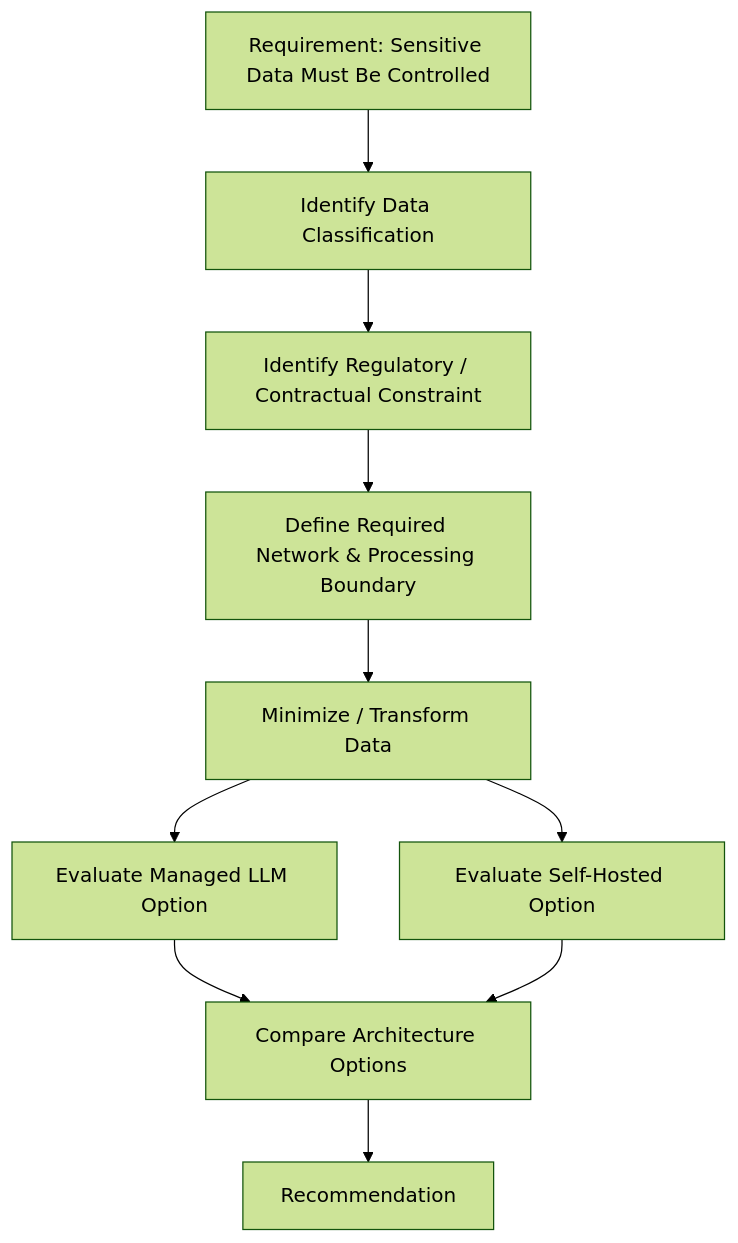
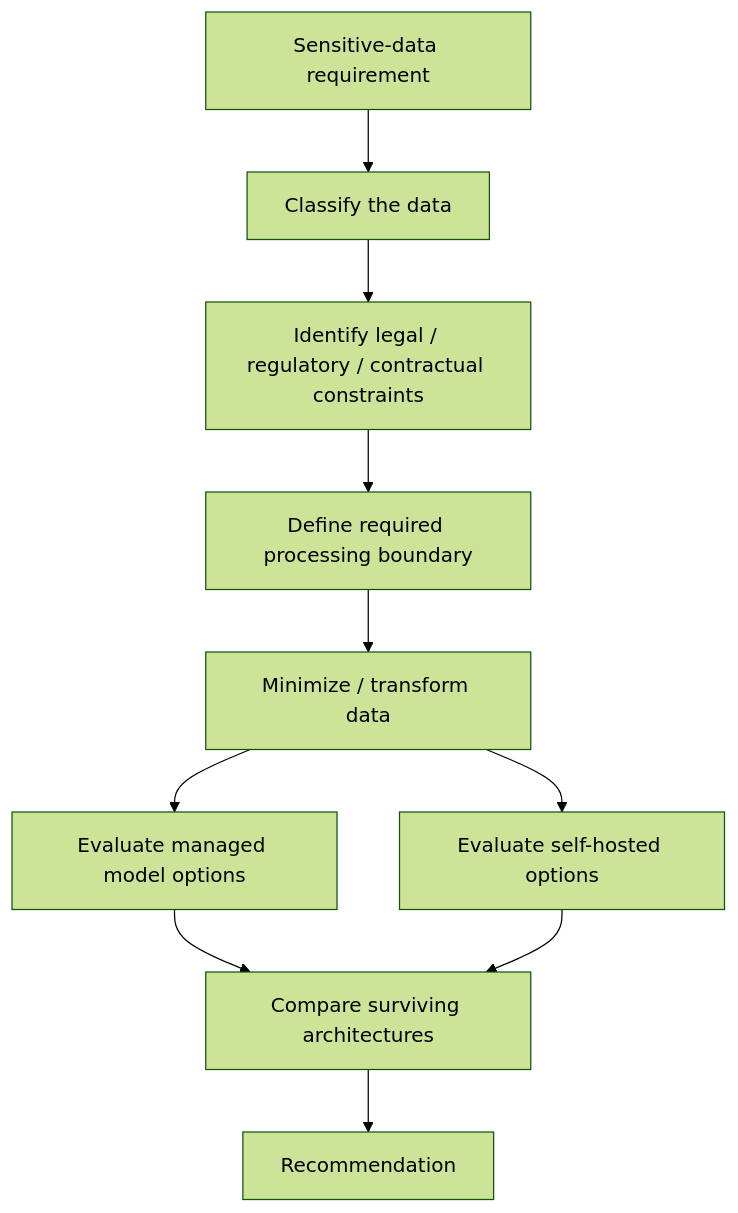
One commit to huda-salam/ai-architecture-advisor-book changed the eighth of 12 diagrams in docs/chapters/09-enterprise-llm-architecture.md. Above: the diagram before and after it, drawn with Mermaid (forest theme). The commit also changed other lines of this file, not shown here.

Commit message:
Harden Chapter 9 enterprise LLM architecture foundation

````diff
--- a/docs/chapters/09-enterprise-llm-architecture.md
+++ b/docs/chapters/09-enterprise-llm-architecture.md
@@ -333,12 +364,12 @@
 ```mermaid
 flowchart TD
-    A[Requirement: Sensitive Data Must Be Controlled] --> B[Identify Data Classification]
-    B --> C[Identify Regulatory / Contractual Constraint]
-    C --> D[Define Required Network & Processing Boundary]
-    D --> E[Minimize / Transform Data]
-    E --> F[Evaluate Managed LLM Option]
-    E --> G[Evaluate Self-Hosted Option]
-    F --> H[Compare Architecture Options]
+    A[Sensitive-data requirement] --> B[Classify the data]
+    B --> C[Identify legal / regulatory / contractual constraints]
+    C --> D[Define required processing boundary]
+    D --> E[Minimize / transform data]
+    E --> F[Evaluate managed model options]
+    E --> G[Evaluate self-hosted options]
+    F --> H[Compare surviving architectures]
     G --> H
     H --> I[Recommendation]
 ```
````
